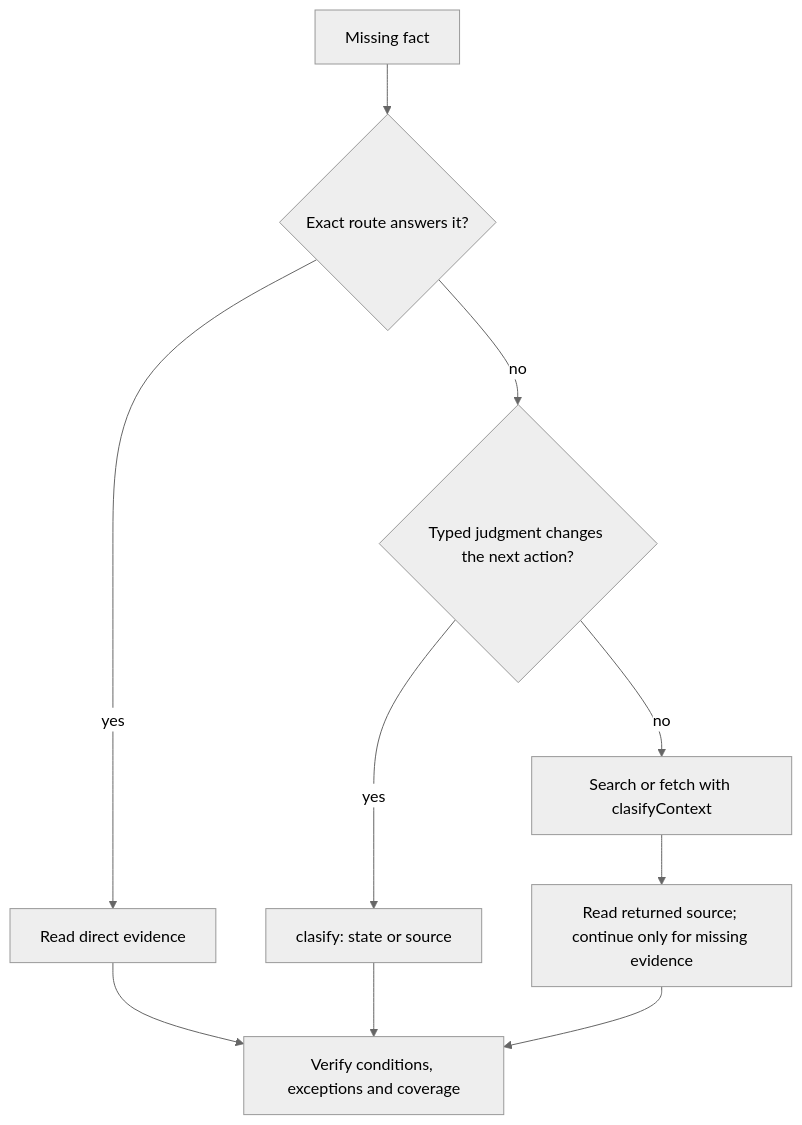
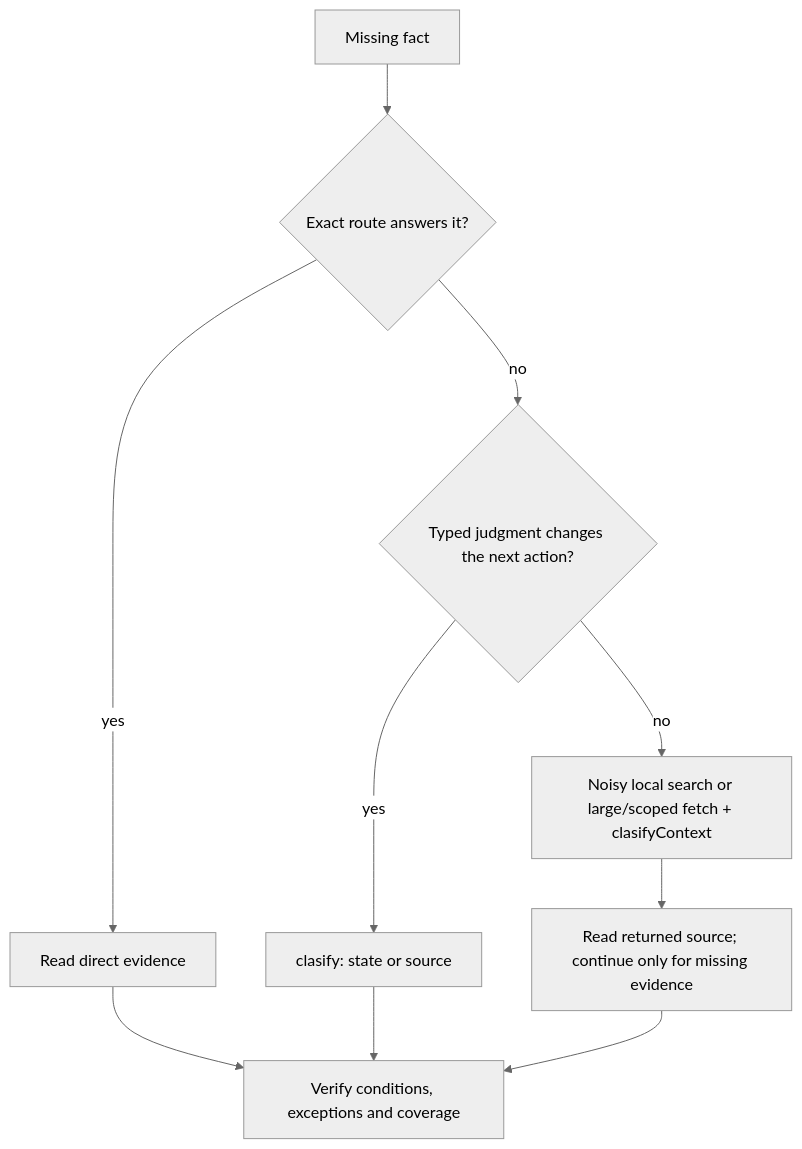
The first of 2 diagrams in docs/OCTOCODE_CLASIFY.md (bgauryy/octocode-mcp), drawn with Mermaid (neutral theme) before and after one commit. The commit also changed other lines of this file and 497 other files, not shown here.

````diff
--- a/docs/OCTOCODE_CLASIFY.md
+++ b/docs/OCTOCODE_CLASIFY.md
@@ -22,10 +31,10 @@
 ```mermaid
 flowchart TD
     Q[Missing fact] --> E{Exact route answers it?}
     E -- yes --> D[Read direct evidence]
     E -- no --> T{Typed judgment changes the next action?}
     T -- yes --> J[clasify: state or source]
-    T -- no --> S[Search or fetch with clasifyContext]
+    T -- no --> S[Noisy local search or large/scoped fetch + clasifyContext]
     S --> R[Read returned source; continue only for missing evidence]
     D & J & R --> V[Verify conditions, exceptions and coverage]
 ```
````
